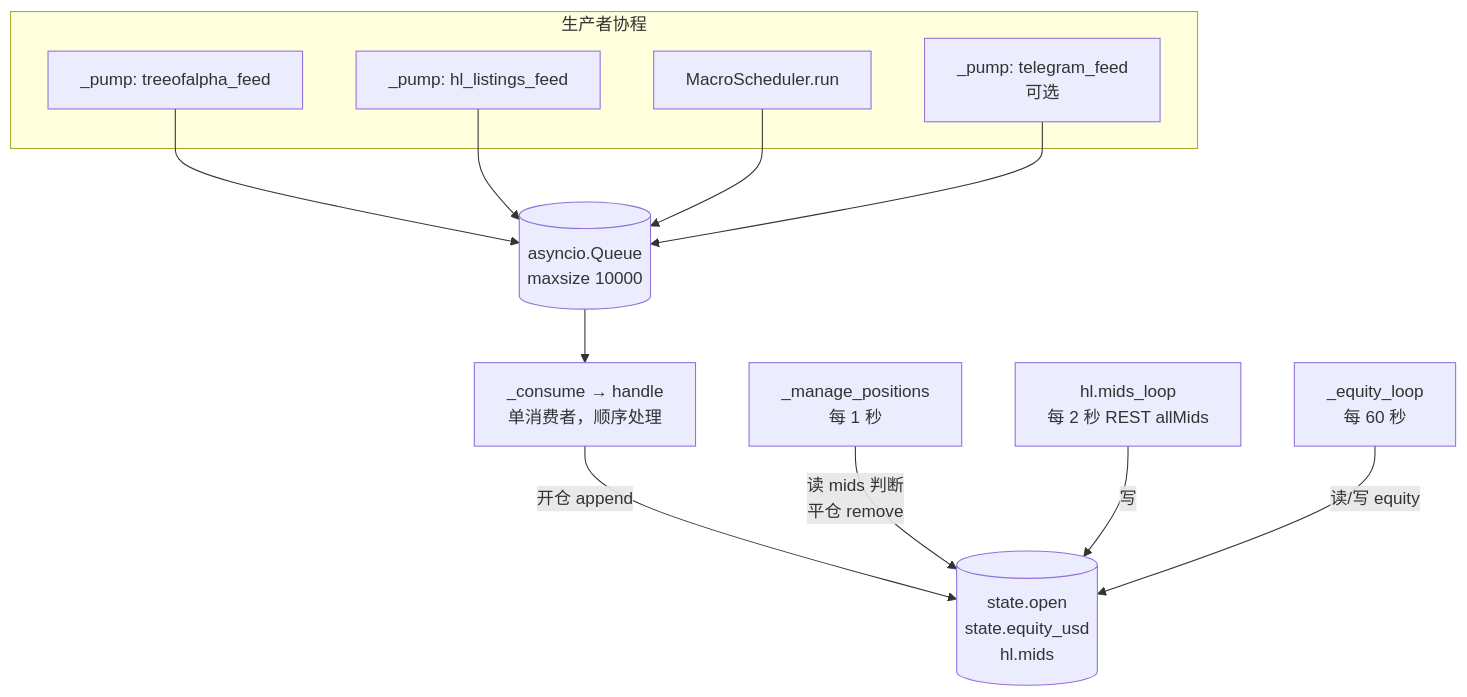
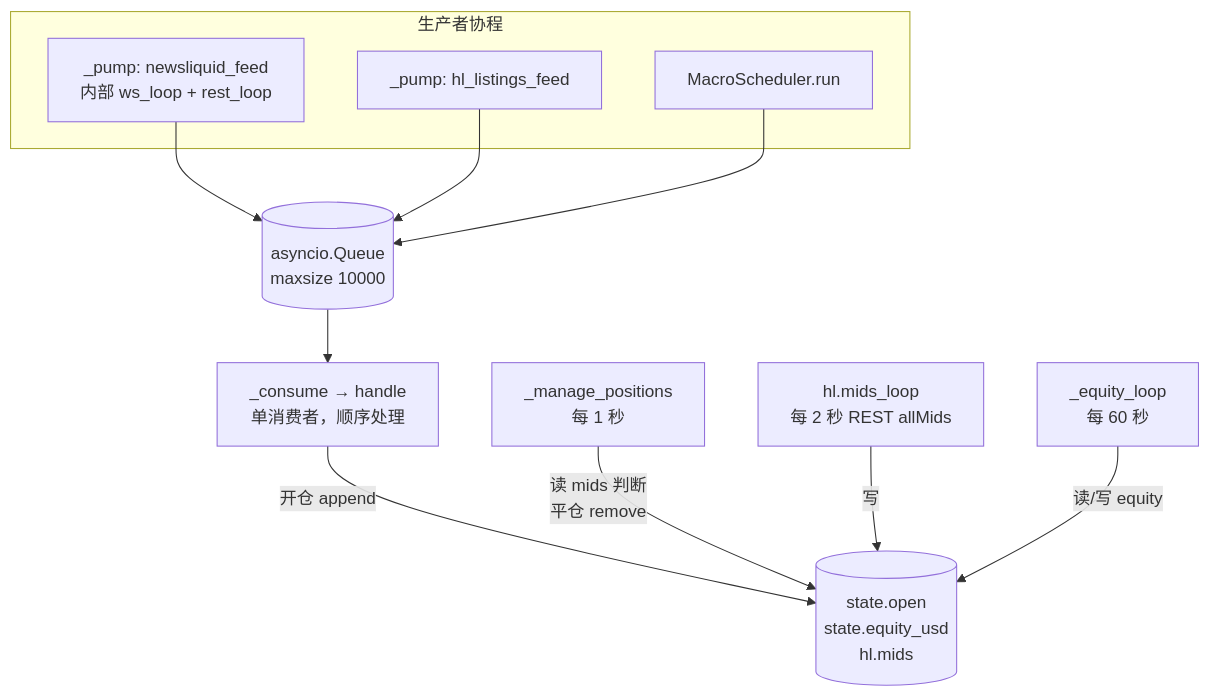
One commit to yanboishere/hl-news-bot changed the third of 6 diagrams in README.md. Above: the diagram before and after it, drawn with Mermaid. The commit also changed other lines of this file and 24 other files, not shown here.

````diff
--- a/README.md
+++ b/README.md
@@ -596,25 +586,23 @@
 ```mermaid
 flowchart TB
     subgraph producers[生产者协程]
-        P1[_pump: treeofalpha_feed]
+        P1[_pump: newsliquid_feed<br/>内部 ws_loop + rest_loop]
         P2[_pump: hl_listings_feed]
         P3[MacroScheduler.run]
-        P4[_pump: telegram_feed<br/>可选]
     end
     Q[(asyncio.Queue<br/>maxsize 10000)]
     C[_consume → handle<br/>单消费者，顺序处理]
     M[_manage_positions<br/>每 1 秒]
     MID[hl.mids_loop<br/>每 2 秒 REST allMids]
     EQ[_equity_loop<br/>每 60 秒]
     S[(state.open<br/>state.equity_usd<br/>hl.mids)]
 
     P1 --> Q
     P2 --> Q
     P3 --> Q
-    P4 --> Q
     Q --> C
     C -->|开仓 append| S
     M -->|读 mids 判断<br/>平仓 remove| S
     MID -->|写| S
     EQ -->|读/写 equity| S
 ```
````
